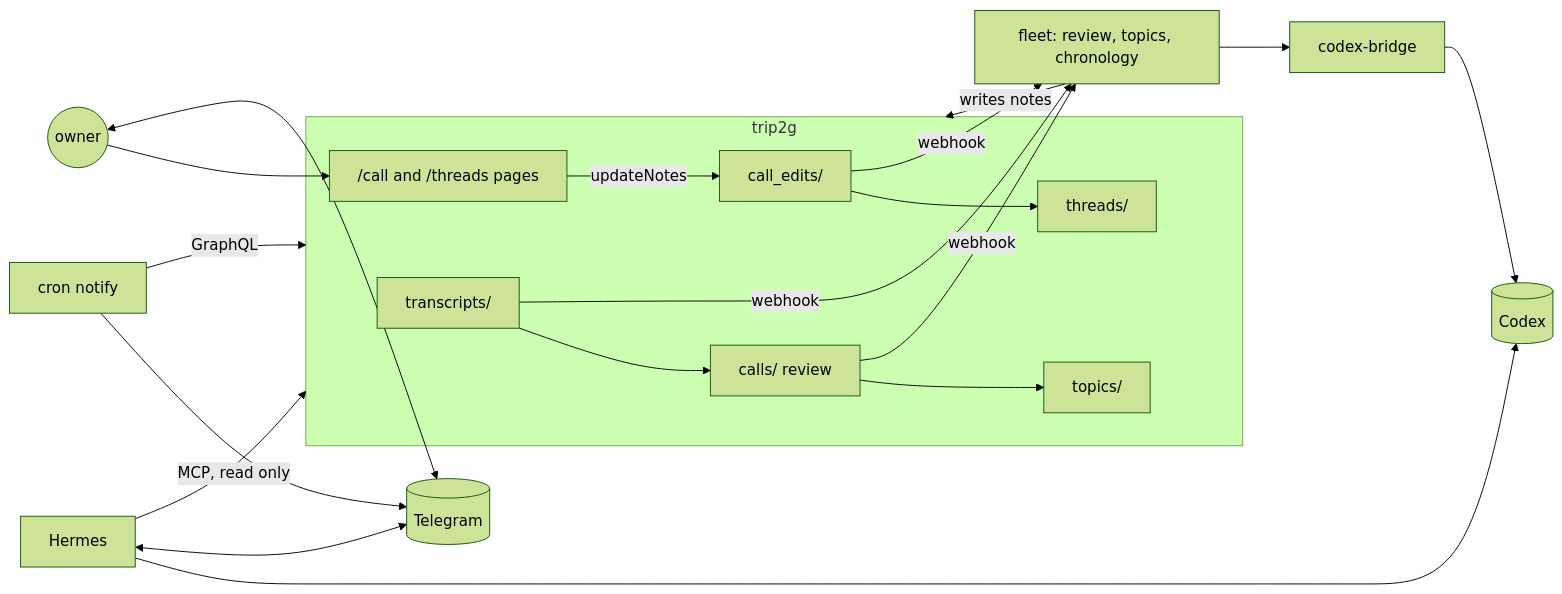
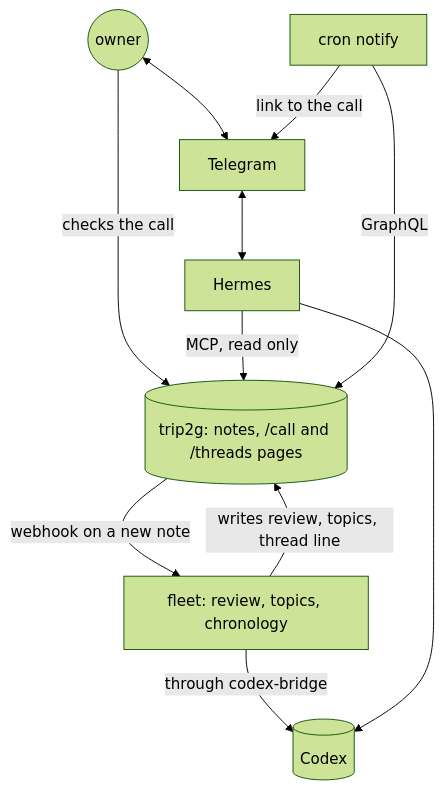
Before and after one commit to trip2g/trip2g: the diagram in docs/en/user/calls-dashboard.md, drawn with Mermaid (forest theme). The commit also changed 2 other files, not shown here.

Commit message:
docs(calls): stand diagram top-down and the Telegram shot cropped to the chat

````diff
--- a/docs/en/user/calls-dashboard.md
+++ b/docs/en/user/calls-dashboard.md
@@ -26,22 +26,20 @@
 ```mermaid
-flowchart LR
-  subgraph trip2g
-    T[transcripts/] --> C[calls/ review]
-    C --> P[topics/]
-    E[call_edits/] --> H[threads/]
-    UI["/call and /threads pages"]
-  end
-  T -- webhook --> F
-  C -- webhook --> F
-  E -- webhook --> F
-  F[fleet: review, topics, chronology] -- writes notes --> trip2g
-  F --> B[codex-bridge] --> X[(Codex)]
-  HM[Hermes] -- MCP, read only --> trip2g
+flowchart TD
+  You((owner))
+  TG[Telegram]
+  HM[Hermes]
+  N[cron notify]
+  V[(trip2g: notes, /call and /threads pages)]
+  F[fleet: review, topics, chronology]
+  X[(Codex)]
+  You <--> TG
+  You -- checks the call --> V
+  TG <--> HM
+  HM -- MCP, read only --> V
+  N -- GraphQL --> V
+  N -- link to the call --> TG
+  V -- webhook on a new note --> F
+  F -- writes review, topics, thread line --> V
+  F -- through codex-bridge --> X
   HM --> X
-  HM <--> TG[(Telegram)]
-  N[cron notify] -- GraphQL --> trip2g
-  N --> TG
-  You((owner)) --> UI
-  UI -- updateNotes --> E
-  You <--> TG
 ```
````
